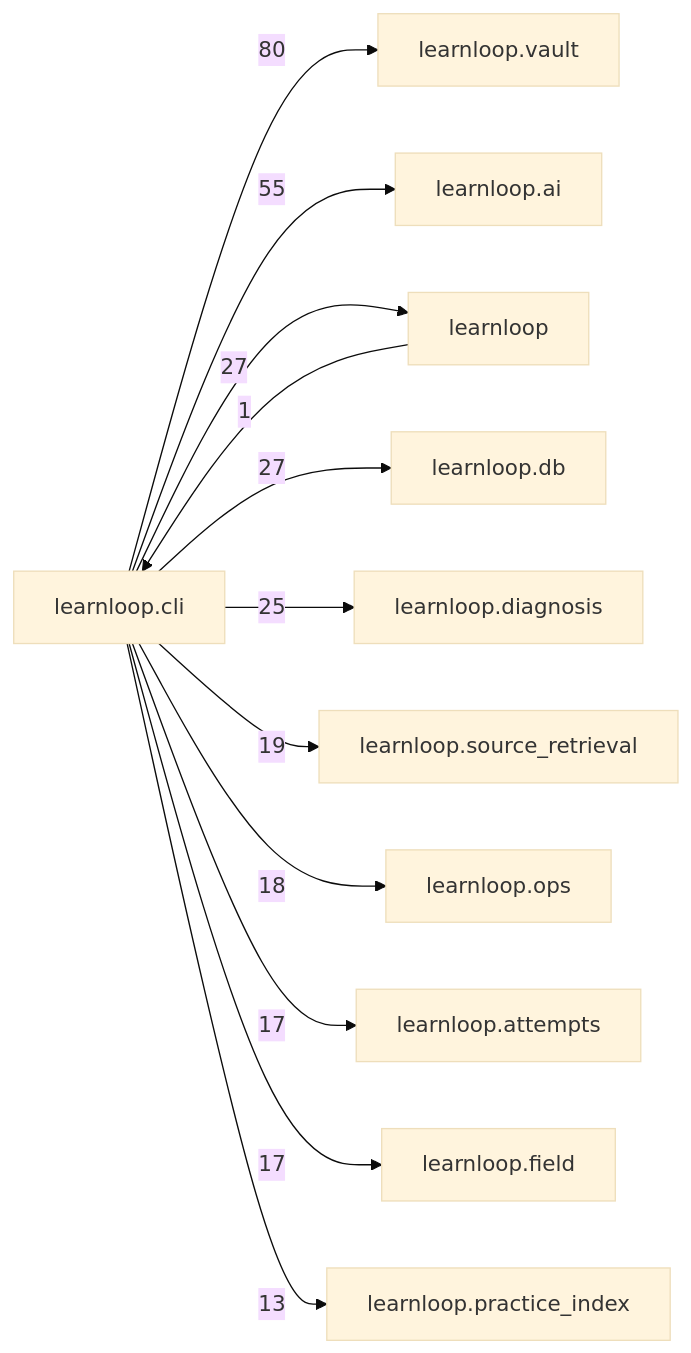
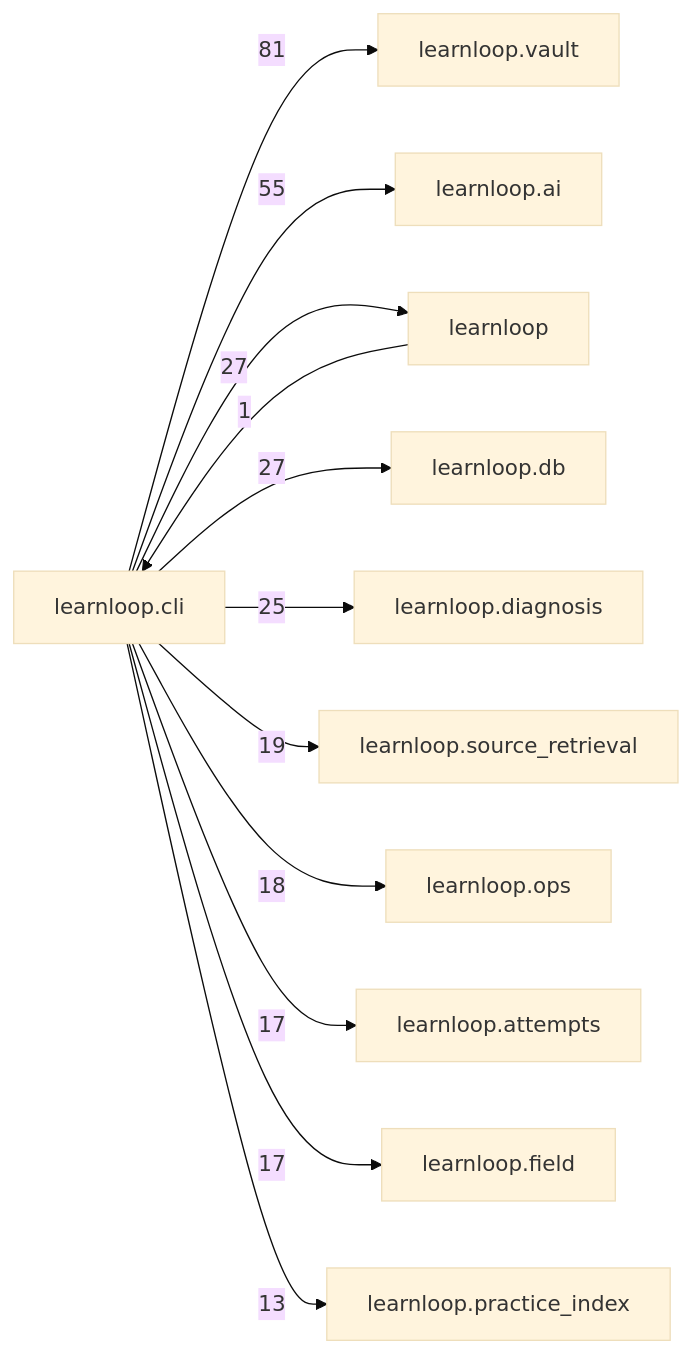
One commit to 6up-b/learnanything changed the diagram in docs/learnloop-architecture-vault/Reference/Modules/learnloop/cli/_package.md. Above: the diagram before and after it, drawn with Mermaid (base theme). The commit also changed other lines of this file and 41 other files, not shown here.

````diff
--- a/docs/learnloop-architecture-vault/Reference/Modules/learnloop/cli/_package.md
+++ b/docs/learnloop-architecture-vault/Reference/Modules/learnloop/cli/_package.md
@@ -227,25 +227,25 @@
 ```mermaid
 flowchart LR
     center["learnloop.cli"]
     n_learnloop_vault["learnloop.vault"]
     n_learnloop_ai["learnloop.ai"]
     n_learnloop["learnloop"]
     n_learnloop_db["learnloop.db"]
     n_learnloop_diagnosis["learnloop.diagnosis"]
     n_learnloop_source_retrieval["learnloop.source_retrieval"]
     n_learnloop_ops["learnloop.ops"]
     n_learnloop_attempts["learnloop.attempts"]
     n_learnloop_field["learnloop.field"]
     n_learnloop_practice_index["learnloop.practice_index"]
-    center -->|80| n_learnloop_vault
+    center -->|81| n_learnloop_vault
     center -->|55| n_learnloop_ai
     n_learnloop -->|1| center
     center -->|27| n_learnloop
     center -->|27| n_learnloop_db
     center -->|25| n_learnloop_diagnosis
     center -->|19| n_learnloop_source_retrieval
     center -->|18| n_learnloop_ops
     center -->|17| n_learnloop_attempts
     center -->|17| n_learnloop_field
     center -->|13| n_learnloop_practice_index
 ```
````
